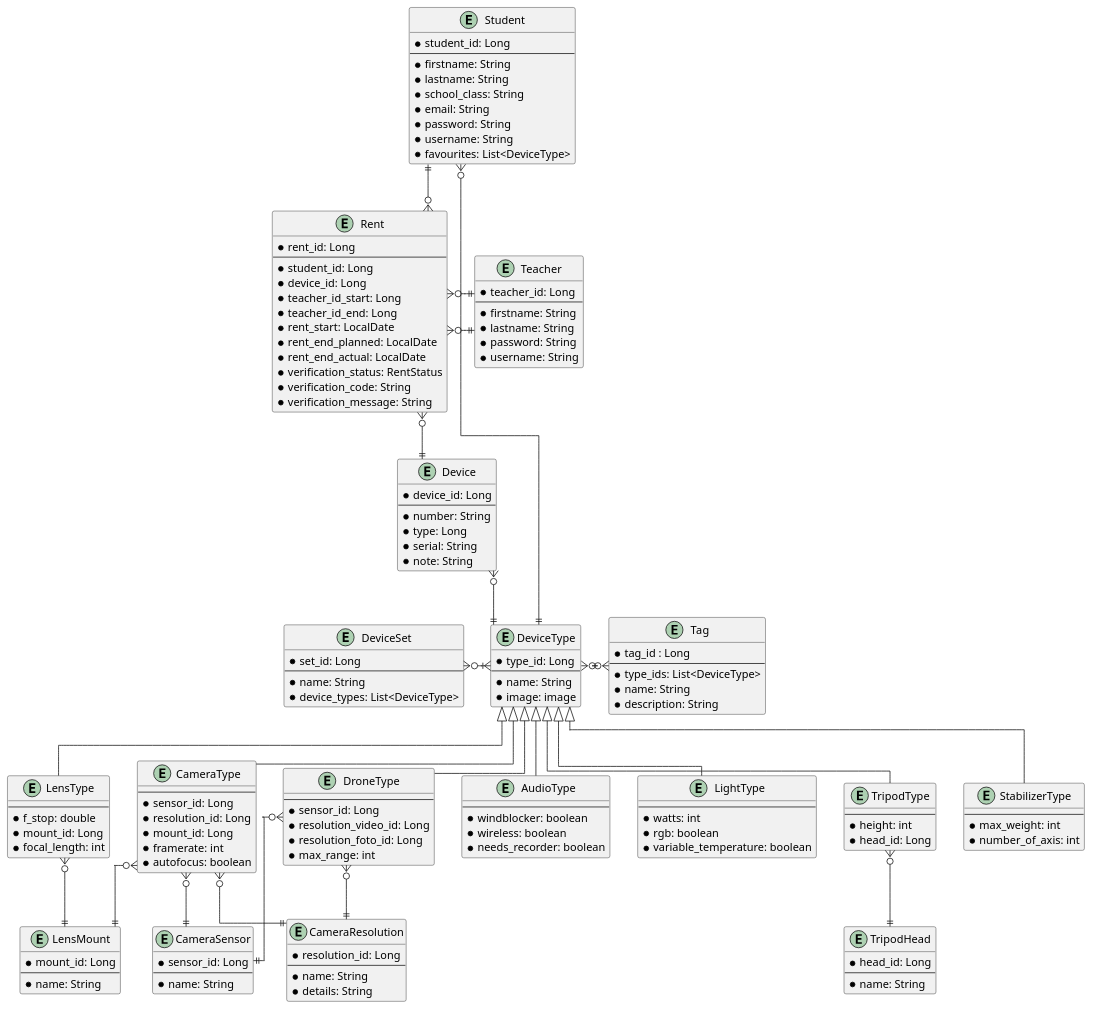
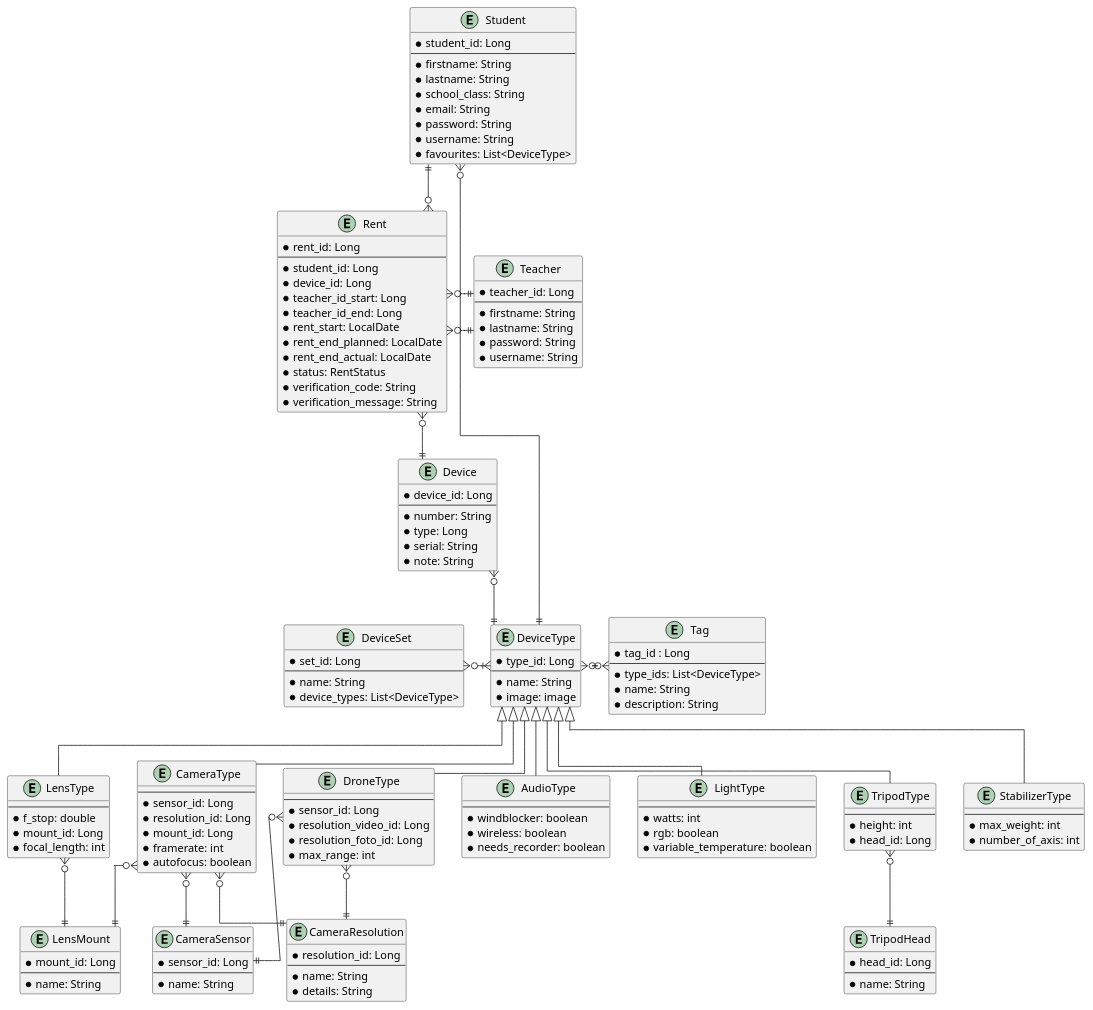
The diagram in docs/uml.puml (htl-leo-itp-2325-4-5BHITM/cam-connect), drawn with PlantUML before and after one commit. The commit also changed 9 other files, not shown here.

```diff
--- a/docs/uml.puml
+++ b/docs/uml.puml
@@ -1,172 +1,172 @@
 @startuml
    skinparam linetype ortho
 
    entity DeviceType {
         * type_id: Long
         --
         * name: String
         * image: image
     }
 
     entity CameraType {
         --
         * sensor_id: Long
         * resolution_id: Long
         * mount_id: Long
         * framerate: int
         * autofocus: boolean
     }
 
     entity DroneType {
         --
         * sensor_id: Long
         * resolution_video_id: Long
         * resolution_foto_id: Long
         * max_range: int
     }
 
     entity LensType {
         --
         * f_stop: double
         * mount_id: Long
         * focal_length: int
     }
 
     entity AudioType {
         --
         * windblocker: boolean
         * wireless: boolean
         * needs_recorder: boolean
     }
 
     entity LightType {
         --
         * watts: int
         * rgb: boolean
         * variable_temperature: boolean
     }
 
     entity TripodType {
         --
         * height: int
         * head_id: Long
     }
 
     entity StabilizerType {
         --
         * max_weight: int
         * number_of_axis: int
     }
 
     DeviceType <|-down- CameraType
     DeviceType <|-down- AudioType
     DeviceType <|-down- LightType
     DeviceType <|-down- TripodType
     DeviceType <|-down- StabilizerType
     DeviceType <|-down- DroneType
     DeviceType <|-down- LensType
 
     entity TripodHead {
         * head_id: Long
         --
         * name: String
     }
 
     entity LensMount {
         * mount_id: Long
         --
         * name: String
     }
 
     entity CameraSensor {
         * sensor_id: Long
         --
         * name: String
     }
 
     entity CameraResolution {
         * resolution_id: Long
         --
         * name: String
         * details: String
     }
 
     TripodType }o--|| TripodHead
     LensType }o--|| LensMount
     CameraType }o--|| LensMount
     CameraType }o--|| CameraSensor
     DroneType }o--|| CameraSensor
     DroneType }o--|| CameraResolution
     CameraType }o--|| CameraResolution
 
     entity Device {
         * device_id: Long
         --
         * number: String
         * type: Long
         * serial: String
         * note: String
     }
 
     entity Rent{
         * rent_id: Long
         --
         * student_id: Long
         * device_id: Long
         * teacher_id_start: Long
         * teacher_id_end: Long
         * rent_start: LocalDate
         * rent_end_planned: LocalDate
         * rent_end_actual: LocalDate
-        * verification_status: RentStatus
+        * status: RentStatus
         * verification_code: String
         * verification_message: String
     }
 
     entity Tag {
         * tag_id : Long
         --
         * type_ids: List<DeviceType>
         * name: String
         * description: String
     }
 
     entity Student {
         * student_id: Long
         --
         * firstname: String
         * lastname: String
         * school_class: String
         * email: String
         * password: String
         * username: String
         * favourites: List<DeviceType>
     }
 
     entity Teacher {
         * teacher_id: Long
         --
         * firstname: String
         * lastname: String
         * password: String
         * username: String
     }
 
      entity DeviceSet {
         * set_id: Long
         --
         * name: String
         * device_types: List<DeviceType>
     }
 
     Device }o-down-|| DeviceType
     DeviceType }|-left-o{ DeviceSet
     DeviceType }o-right-o{ Tag
 
     Rent }o--|| Device
     Rent }o-up-|| Student
     Rent }o-right-|| Teacher
     Rent }o-right-|| Teacher
 
     Student }o--|| DeviceType
 @enduml
```
